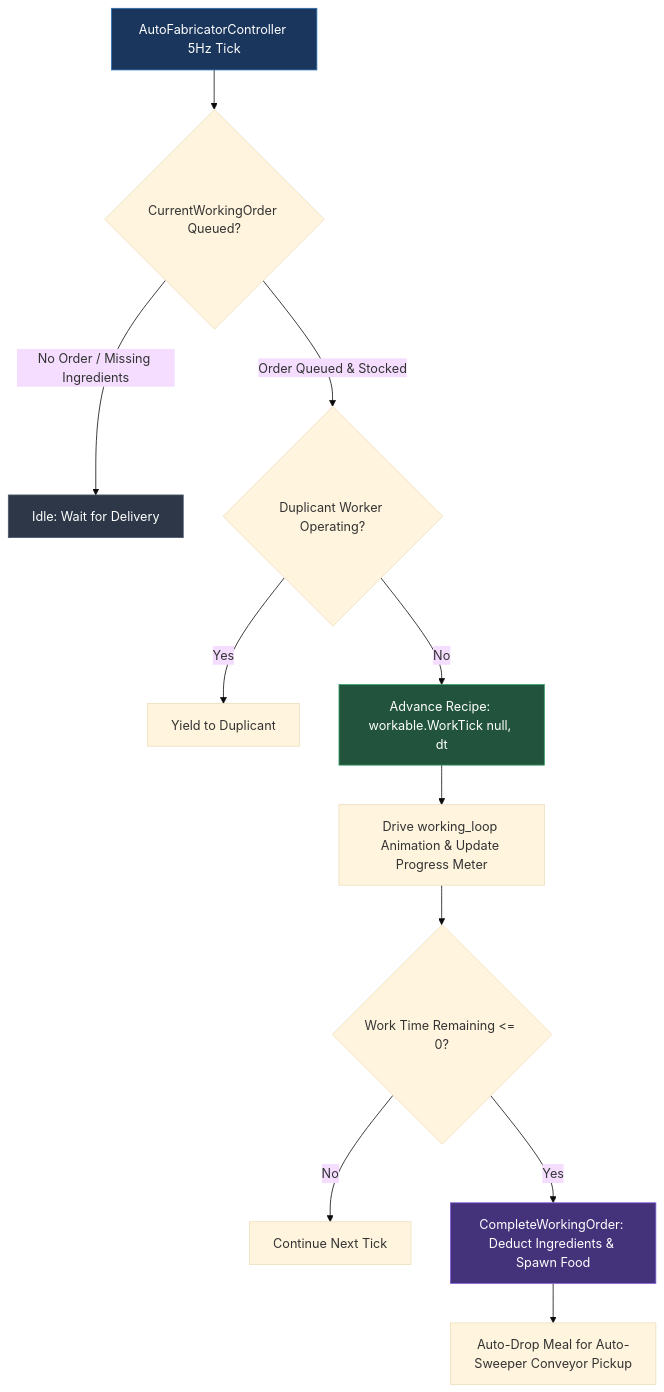
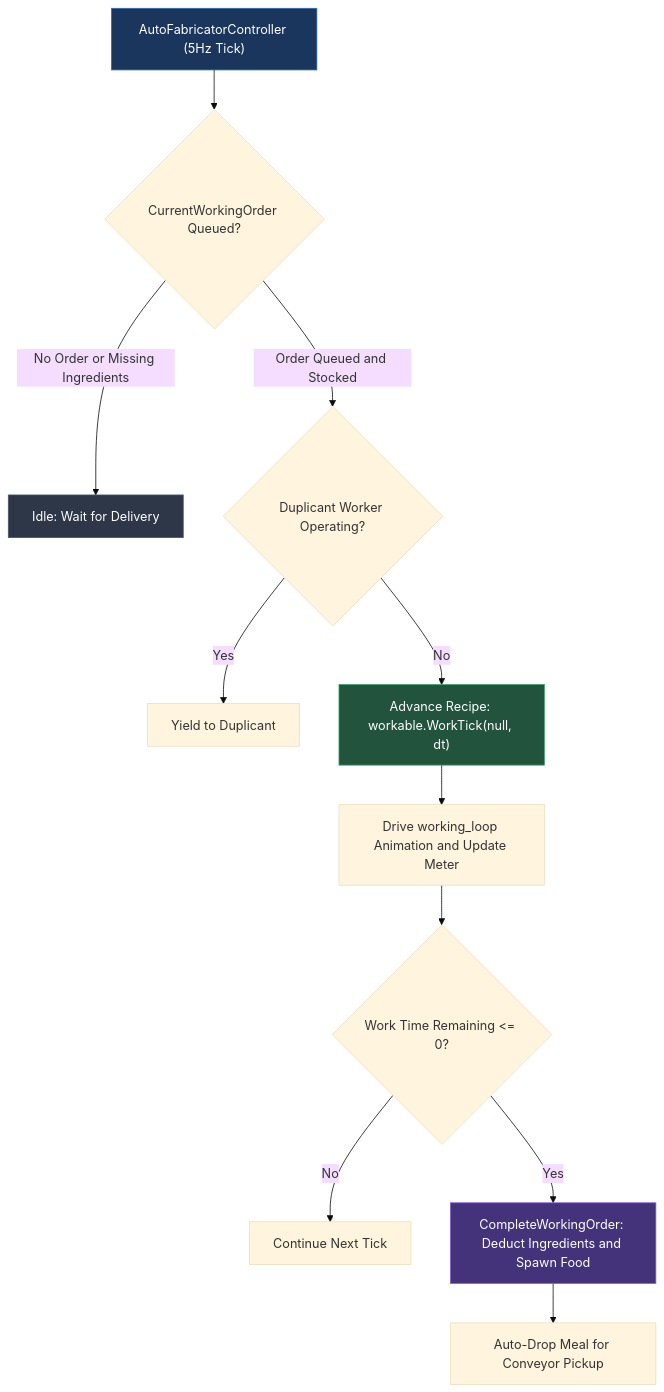
Before and after one commit to Eurekalo/Automatic_Industry: the second of 5 diagrams in wiki/Automated-Buildings-Logic.md, drawn with Mermaid (base theme). The commit also changed other lines of this file and 5 other files, not shown here.

Commit message:
docs(wiki): fix Mermaid diagram syntax and quoting for GitHub renderer

````diff
--- a/wiki/Automated-Buildings-Logic.md
+++ b/wiki/Automated-Buildings-Logic.md
@@ -91,18 +91,18 @@
 ```mermaid
 flowchart TD
-    A[AutoFabricatorController 5Hz Tick] --> B{CurrentWorkingOrder Queued?}
-    B -->|No Order / Missing Ingredients| C[Idle: Wait for Delivery]
-    B -->|Order Queued & Stocked| D{Duplicant Worker Operating?}
-    D -->|Yes| E[Yield to Duplicant]
-    D -->|No| F[Advance Recipe: workable.WorkTick null, dt]
-    F --> G[Drive working_loop Animation & Update Progress Meter]
-    G --> H{Work Time Remaining <= 0?}
-    H -->|No| I[Continue Next Tick]
-    H -->|Yes| J[CompleteWorkingOrder: Deduct Ingredients & Spawn Food]
-    J --> K[Auto-Drop Meal for Auto-Sweeper Conveyor Pickup]
+    A["AutoFabricatorController (5Hz Tick)"] --> B{"CurrentWorkingOrder Queued?"}
+    B -->|No Order or Missing Ingredients| C["Idle: Wait for Delivery"]
+    B -->|Order Queued and Stocked| D{"Duplicant Worker Operating?"}
+    D -->|Yes| E["Yield to Duplicant"]
+    D -->|No| F["Advance Recipe: workable.WorkTick(null, dt)"]
+    F --> G["Drive working_loop Animation and Update Meter"]
+    G --> H{"Work Time Remaining <= 0?"}
+    H -->|No| I["Continue Next Tick"]
+    H -->|Yes| J["CompleteWorkingOrder: Deduct Ingredients and Spawn Food"]
+    J --> K["Auto-Drop Meal for Conveyor Pickup"]
 
     style A fill:#1a365d,stroke:#2b6cb0,color:#fff
     style C fill:#2d3748,stroke:#4a5568,color:#fff
     style F fill:#22543d,stroke:#38a169,color:#fff
     style J fill:#44337a,stroke:#805ad5,color:#fff
 ```
````
